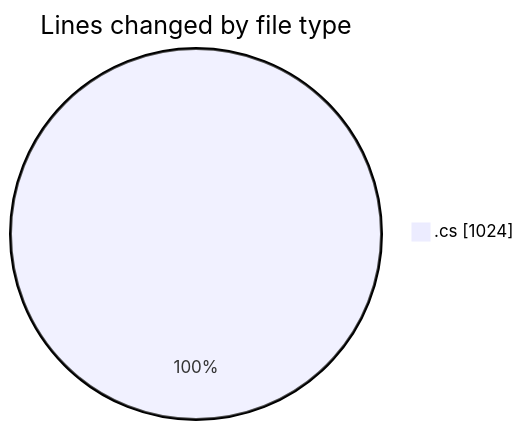
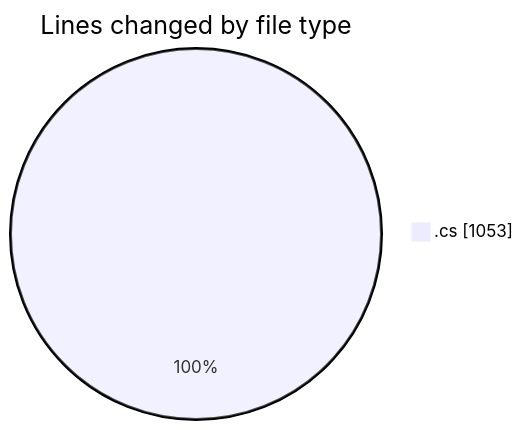
Before and after one commit to Netris89/code-tracking: the first of 2 diagrams in 2025-03-27/back-end/README.md, drawn with Mermaid. The commit also changed other lines of this file and 1 other file, not shown here.

````diff
--- a/2025-03-27/back-end/README.md
+++ b/2025-03-27/back-end/README.md
@@ -28,5 +28,5 @@
 ```mermaid
 pie showData
 title Lines changed by file type
-".cs" : 1024
+".cs" : 1053
 ```
````
